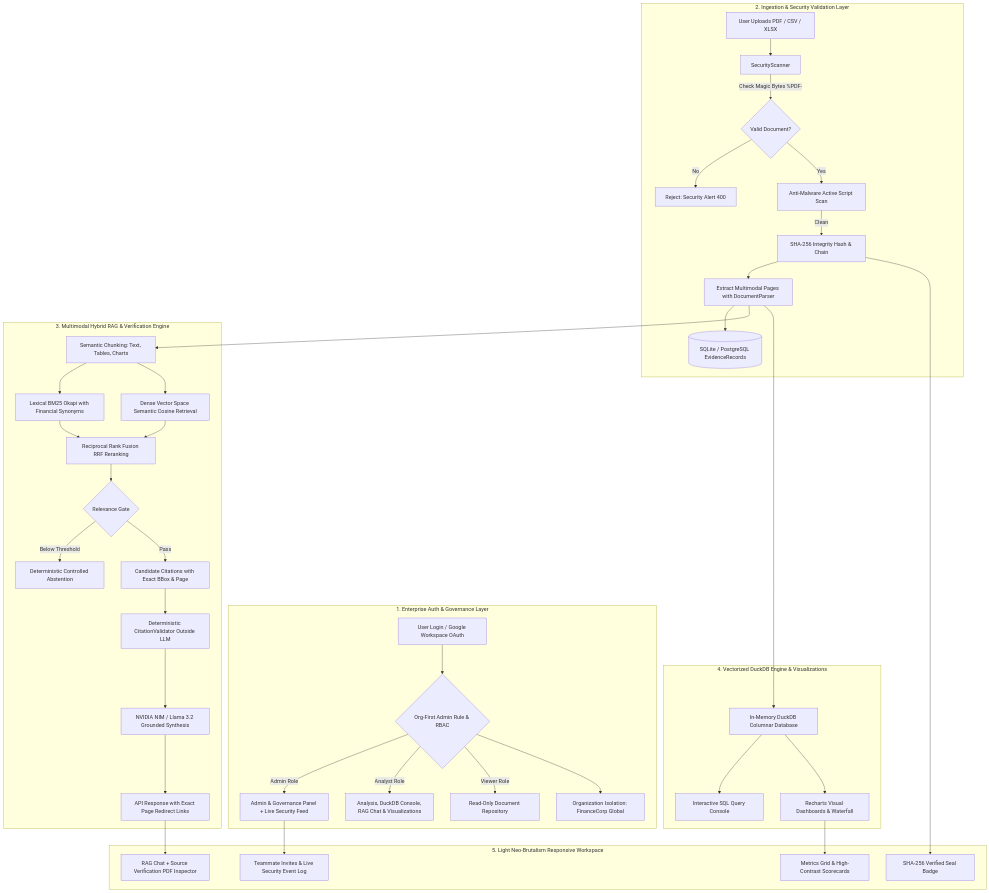
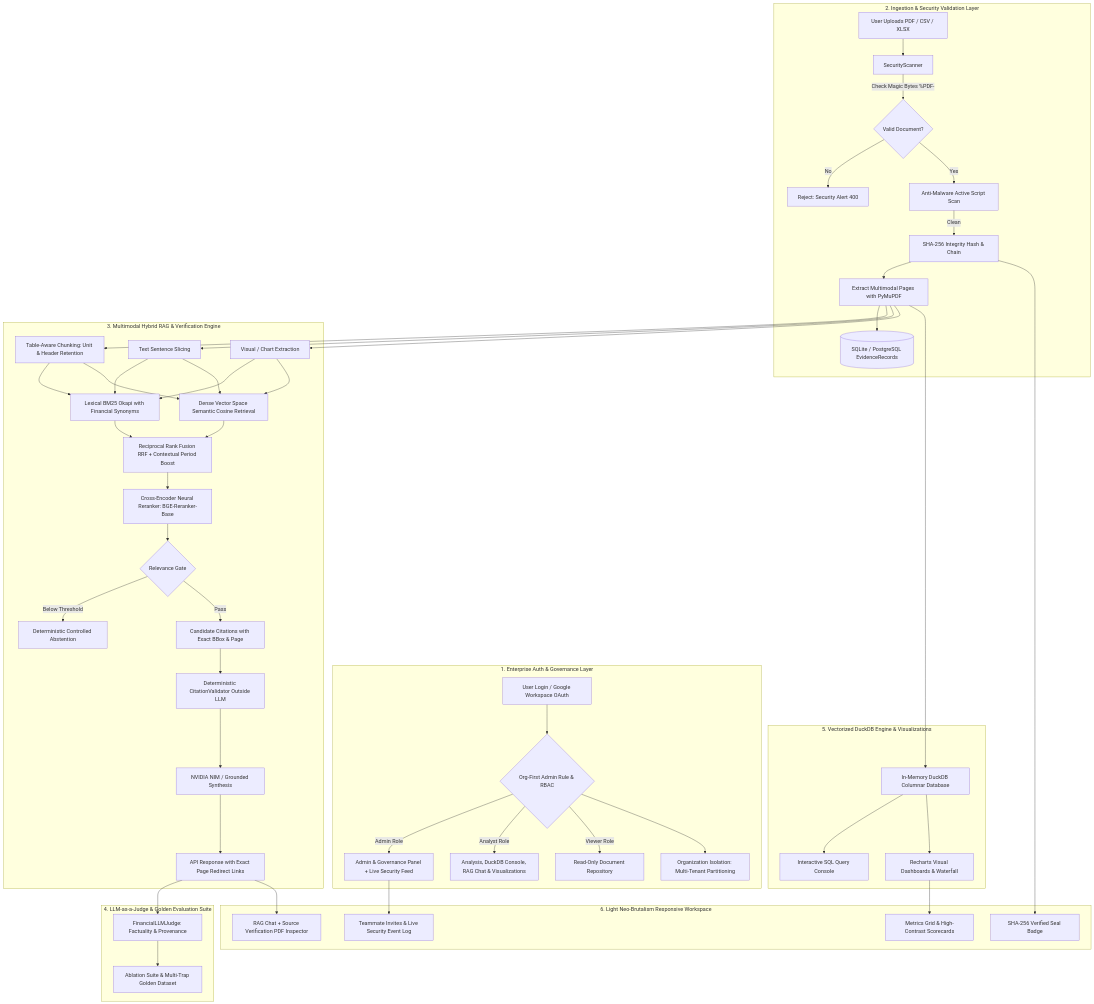
Before and after one commit to Rudranarayan666/Finance-agent: the diagram in README.md, drawn with Mermaid. The commit also changed other lines of this file and 29 other files, not shown here.

Commit message:
docs: comprehensive README overhaul with retrieval improvements, evals, and 86-test suite

````diff
--- a/README.md
+++ b/README.md
@@ -36,46 +38,54 @@
 ```mermaid
 flowchart TD
     subgraph AUTH ["1. Enterprise Auth & Governance Layer"]
         A[User Login / Google Workspace OAuth] --> B{Org-First Admin Rule & RBAC}
         B -->|Admin Role| C[Admin & Governance Panel + Live Security Feed]
         B -->|Analyst Role| D[Analysis, DuckDB Console, RAG Chat & Visualizations]
         B -->|Viewer Role| E[Read-Only Document Repository]
-        B --> F[Organization Isolation: FinanceCorp Global]
+        B --> F[Organization Isolation: Multi-Tenant Partitioning]
     end
 
     subgraph INGESTION ["2. Ingestion & Security Validation Layer"]
         G[User Uploads PDF / CSV / XLSX] --> H[SecurityScanner]
         H -->|Check Magic Bytes %PDF-| I{Valid Document?}
         I -->|No| J[Reject: Security Alert 400]
         I -->|Yes| K[Anti-Malware Active Script Scan]
         K -->|Clean| M[SHA-256 Integrity Hash & Chain]
-        M --> N[Extract Multimodal Pages with DocumentParser]
+        M --> N[Extract Multimodal Pages with PyMuPDF]
         N --> DB[(SQLite / PostgreSQL EvidenceRecords)]
     end
 
     subgraph RAG_CORE ["3. Multimodal Hybrid RAG & Verification Engine"]
-        N --> O[Semantic Chunking: Text, Tables, Charts]
-        O --> P[Lexical BM25 Okapi with Financial Synonyms]
-        O --> Q[Dense Vector Space Semantic Cosine Retrieval]
-        P & Q --> R[Reciprocal Rank Fusion RRF Reranking]
-        R --> S{Relevance Gate}
+        N --> O1[Table-Aware Chunking: Unit & Header Retention]
+        N --> O2[Text Sentence Slicing]
+        N --> O3[Visual / Chart Extraction]
+        O1 & O2 & O3 --> P[Lexical BM25 Okapi with Financial Synonyms]
+        O1 & O2 & O3 --> Q[Dense Vector Space Semantic Cosine Retrieval]
+        P & Q --> R[Reciprocal Rank Fusion RRF + Contextual Period Boost]
+        R --> RERANK[Cross-Encoder Neural Reranker: BGE-Reranker-Base]
+        RERANK --> S{Relevance Gate}
         S -- "Below Threshold" --> T[Deterministic Controlled Abstention]
         S -- "Pass" --> U[Candidate Citations with Exact BBox & Page]
         U --> V[Deterministic CitationValidator Outside LLM]
-        V --> W[NVIDIA NIM / Llama 3.2 Grounded Synthesis]
+        V --> W[NVIDIA NIM / Grounded Synthesis]
         W --> X[API Response with Exact Page Redirect Links]
     end
 
-    subgraph ANALYTICS ["4. Vectorized DuckDB Engine & Visualizations"]
+    subgraph EVAL ["4. LLM-as-a-Judge & Golden Evaluation Suite"]
+        X --> J1[FinancialLLMJudge: Factuality & Provenance]
+        J1 --> J2[Ablation Suite & Multi-Trap Golden Dataset]
+    end
+
+    subgraph ANALYTICS ["5. Vectorized DuckDB Engine & Visualizations"]
         N --> Y[In-Memory DuckDB Columnar Database]
         Y --> Z[Interactive SQL Query Console]
         Y --> AA[Recharts Visual Dashboards & Waterfall]
     end
 
-    subgraph UI ["5. Light Neo-Brutalism Responsive Workspace"]
+    subgraph UI ["6. Light Neo-Brutalism Responsive Workspace"]
         AA --> AB[Metrics Grid & High-Contrast Scorecards]
         X --> AC[RAG Chat + Source Verification PDF Inspector]
         C --> AD[Teammate Invites & Live Security Event Log]
         M --> AE[SHA-256 Verified Seal Badge]
     end
 ```
````
